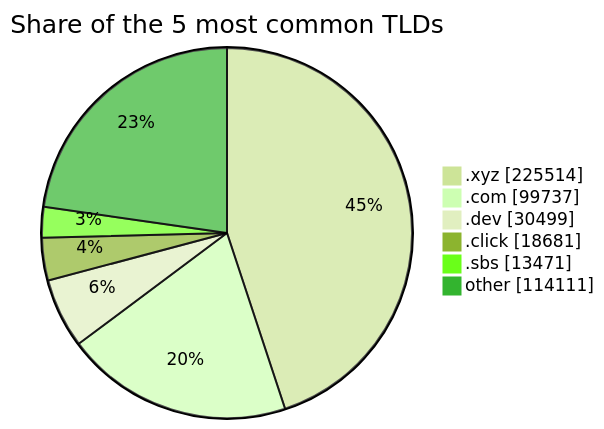
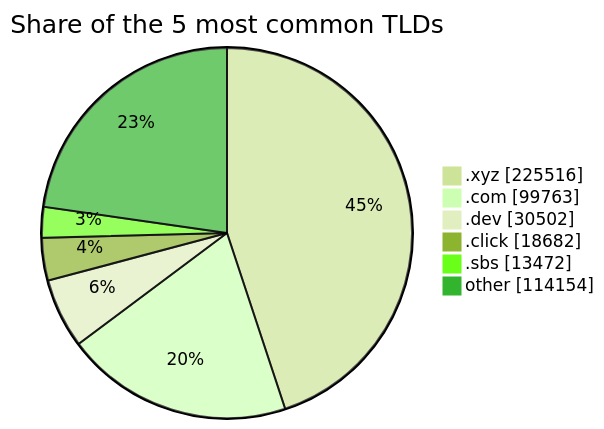
The third of 3 diagrams in README.md (DNSBunker/CTI), drawn with Mermaid (forest theme) before and after one commit. The commit also changed other lines of this file and 3 other files, not shown here.

````diff
--- a/README.md
+++ b/README.md
@@ -81,9 +81,9 @@
 ```mermaid
 pie showData title Share of the 5 most common TLDs
-    ".xyz" : 225514
-    ".com" : 99737
-    ".dev" : 30499
-    ".click" : 18681
-    ".sbs" : 13471
-    "other" : 114111
+    ".xyz" : 225516
+    ".com" : 99763
+    ".dev" : 30502
+    ".click" : 18682
+    ".sbs" : 13472
+    "other" : 114154
 ```
````
